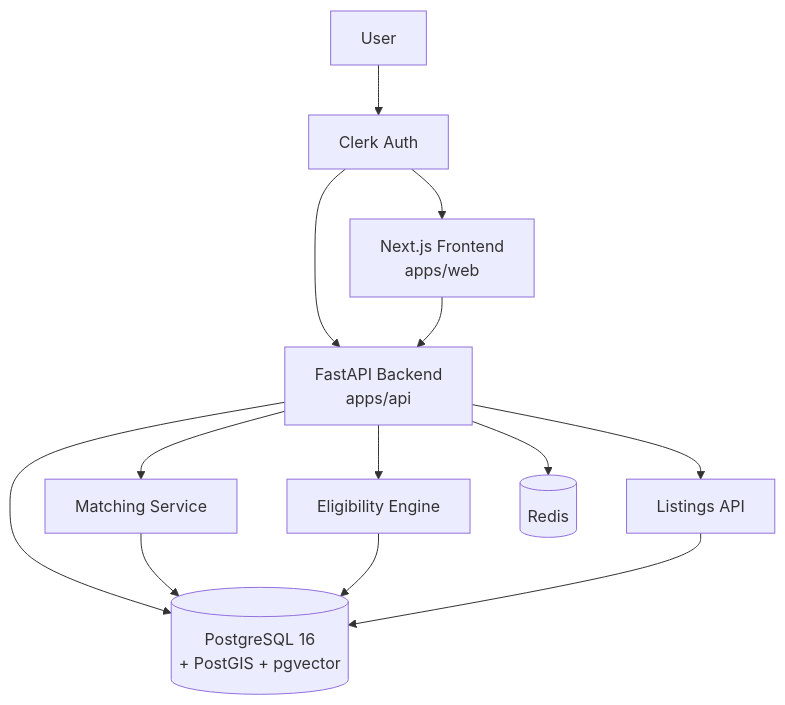
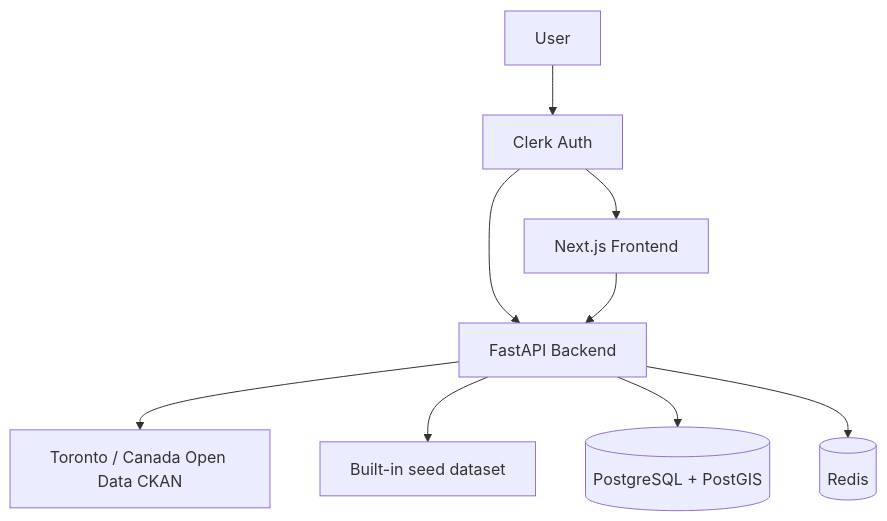
Before and after one commit to Chukwuemekaokafor77/MAPLEMATCH: the diagram in MapleMatch/README.md, drawn with Mermaid. The commit also changed other lines of this file, not shown here.

````diff
--- a/MapleMatch/README.md
+++ b/MapleMatch/README.md
@@ -48,15 +127,11 @@
 ```mermaid
 graph TB
-    User[User] --> Clerk[Clerk Auth]
-    Clerk --> Web[Next.js Frontend<br/>apps/web]
-    Clerk --> API[FastAPI Backend<br/>apps/api]
+    User --> Clerk[Clerk Auth]
+    Clerk --> Web[Next.js Frontend]
+    Clerk --> API[FastAPI Backend]
     Web --> API
-    API --> Eligibility[Eligibility Engine]
-    API --> Matching[Matching Service]
-    API --> Listings[Listings API]
-    API --> DB[(PostgreSQL 16<br/>+ PostGIS + pgvector)]
+    API --> OpenData[Toronto / Canada Open Data CKAN]
+    API --> Seed[Built-in seed dataset]
+    API --> DB[(PostgreSQL + PostGIS)]
     API --> Cache[(Redis)]
-    Matching --> DB
-    Eligibility --> DB
-    Listings --> DB
 ```
````
